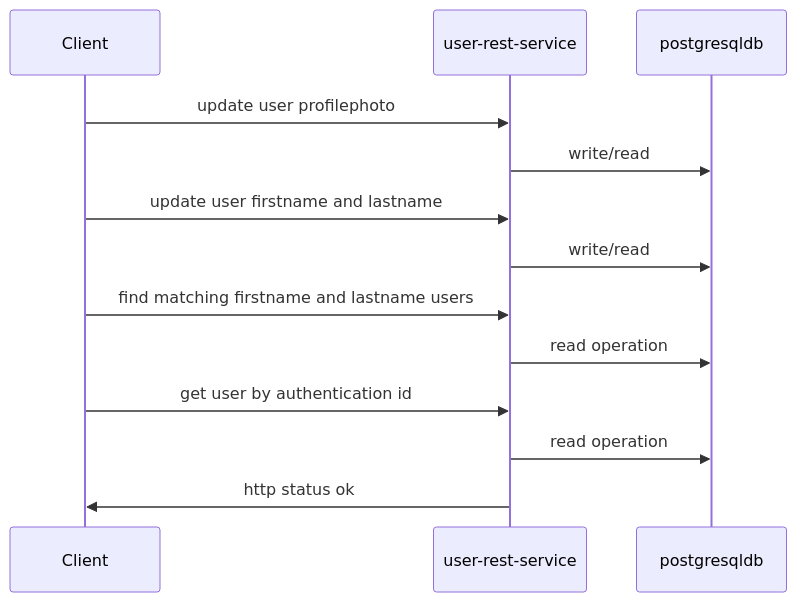
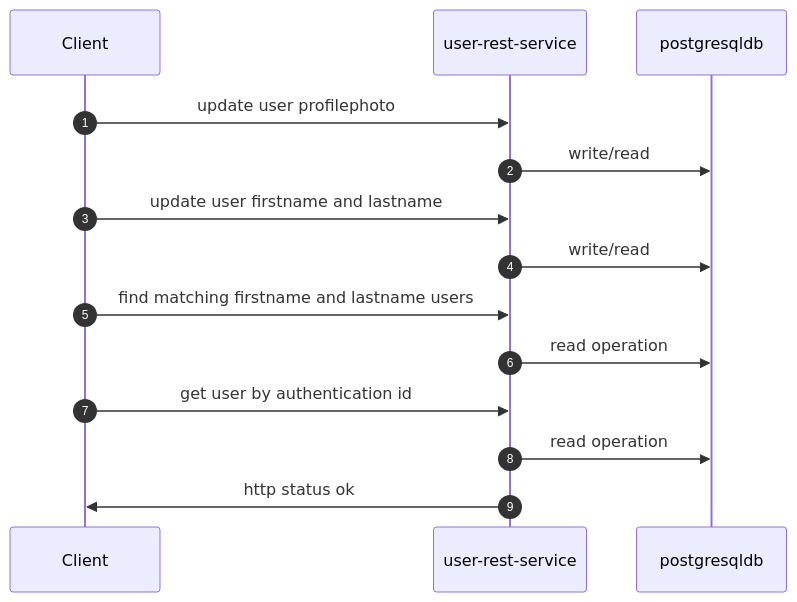
One commit to sonamsamdupkhangsar/user-rest-service changed the second of 2 diagrams in README.md. Above: the diagram before and after it, drawn with Mermaid. The commit also changed other lines of this file, not shown here.

Commit message:
add numbers to sequence daigram

````diff
--- a/README.md
+++ b/README.md
@@ -91,15 +92,16 @@
 ```mermaid 
 sequenceDiagram
+    autonumber
     participant Client
     participant userapi as user-rest-service
     participant postgresqldb
     Client ->> userapi: update user profilephoto
     userapi ->> postgresqldb: write/read
     Client ->> userapi: update user firstname and lastname
     userapi ->> postgresqldb: write/read
     Client ->> userapi: find matching firstname and lastname users
     userapi ->> postgresqldb: read operation
     Client ->> userapi: get user by authentication id
     userapi ->> postgresqldb: read operation
     userapi ->> Client: http status ok
 ```
````
